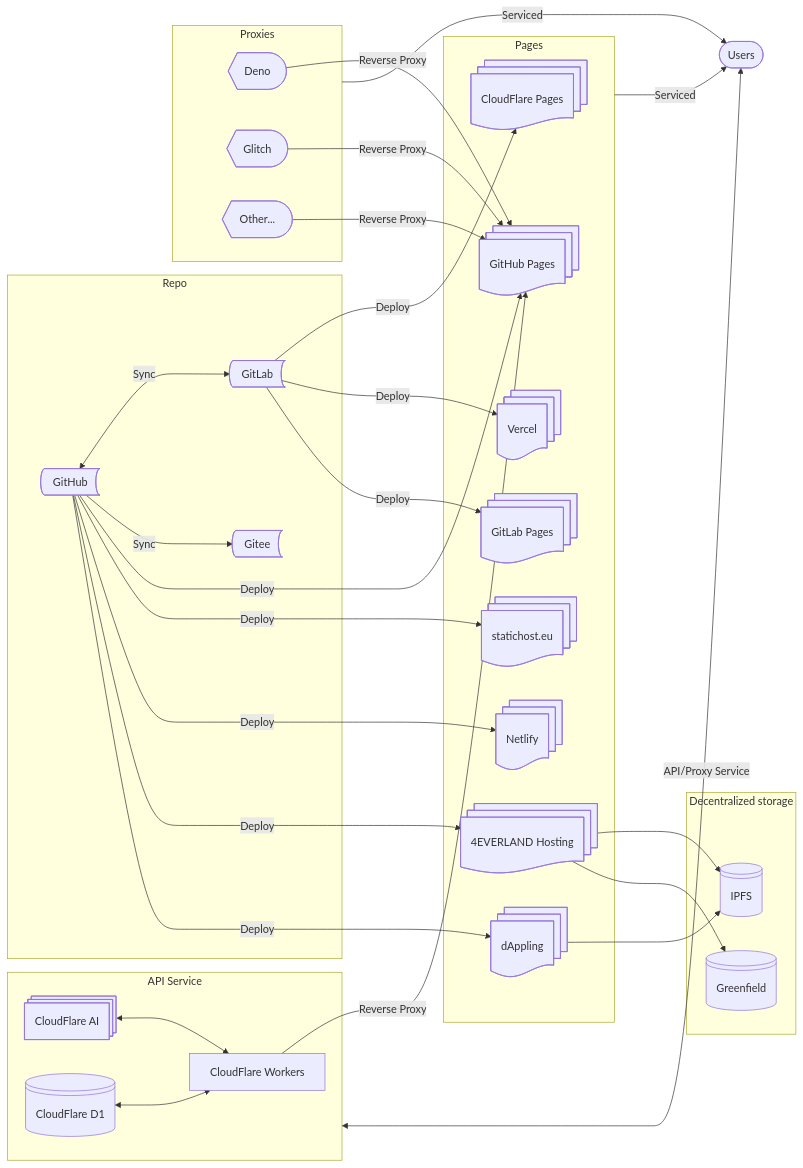
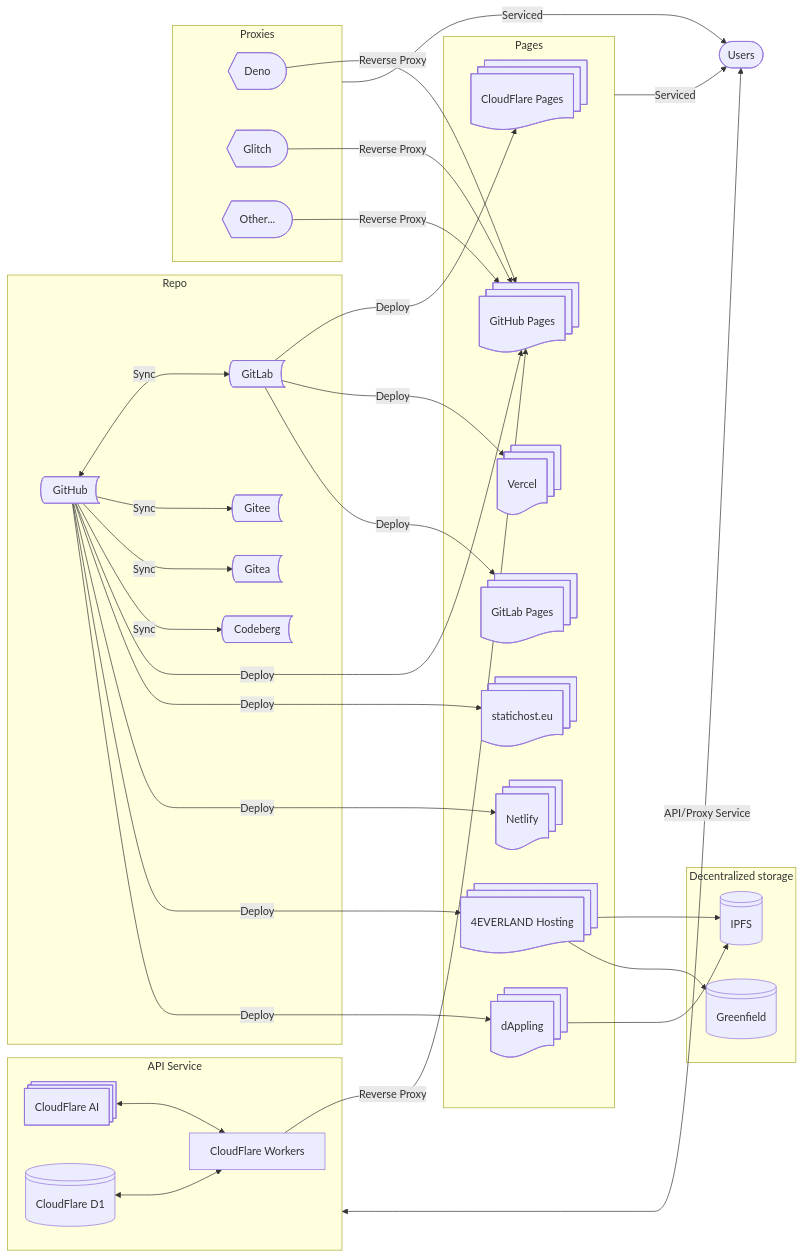
Before and after one commit to Mabbs/mabbs.github.io: the diagram in proxylist.md, drawn with Mermaid. The commit also changed other lines of this file and 1 other file, not shown here.

````diff
--- a/proxylist.md
+++ b/proxylist.md
@@ -22,72 +26,78 @@
 ```mermaid
 graph LR;
     Users@{ shape: stadium, label: "Users" }
     GH@{ shape: bow-rect, label: "GitHub" }
     GL@{ shape: bow-rect, label: "GitLab" }
     GE@{ shape: bow-rect, label: "Gitee" }
+    GEA@{ shape: bow-rect, label: "Gitea" }
+    CB@{ shape: bow-rect, label: "Codeberg" }
     CFP@{ shape: docs, label: "CloudFlare Pages" }
     GHP@{ shape: docs, label: "GitHub Pages" }
     GLP@{ shape: docs, label: "GitLab Pages" }
     FELH@{ shape: docs, label: "4EVERLAND Hosting" }
     IPFS@{ shape: lin-cyl, label: "IPFS" }
     GF@{ shape: lin-cyl, label: "Greenfield" }
     Vercel@{ shape: docs, label: "Vercel" }
     Netlify@{ shape: docs, label: "Netlify" }
     SH@{ shape: docs, label: "statichost.eu" }
     DA@{ shape: docs, label: "dAppling" }
     CFW@{ label: "CloudFlare Workers" }
     CFAI@{ shape: procs, label: "CloudFlare AI" }
     CFD@{ shape: lin-cyl, label: "CloudFlare D1" }
     Deno@{ shape: curv-trap, label: "Deno" }
     Glitch@{ shape: curv-trap, label: "Glitch" }
     Other@{ shape: curv-trap, label: "Other..." }
     subgraph Repo
     GH
     GL
     GE
+    GEA
+    CB
     end
     
     subgraph Pages
     GHP
     GLP
     CFP
     SH
     FELH
     DA
     Vercel
     Netlify
     end
 
     subgraph API[API Service]
     CFAI
     CFD
     CFW
     end
     
     subgraph Proxies
     Deno
     Glitch
     Other
     end
     
     subgraph DS[Decentralized storage]
     IPFS
     GF
     end
     
     GH <-- Sync --> GL
     GH -- Sync --> GE
+    GH -- Sync --> GEA
+    GH -- Sync --> CB
     GH -- Deploy --> GHP & SH & Netlify & FELH & DA
     GL -- Deploy --> CFP & Vercel & GLP
     CFW -- Reverse Proxy --> GHP
     Deno -- Reverse Proxy --> GHP
     Glitch -- Reverse Proxy --> GHP
     Other -- Reverse Proxy --> GHP
     CFD <--> CFW
     CFAI <--> CFW
     API -- API/Proxy Service <--> Users
     Pages -- Serviced --> Users
     Proxies -- Serviced --> Users
     FELH --> IPFS & GF
     DA --> IPFS
 ```
````
